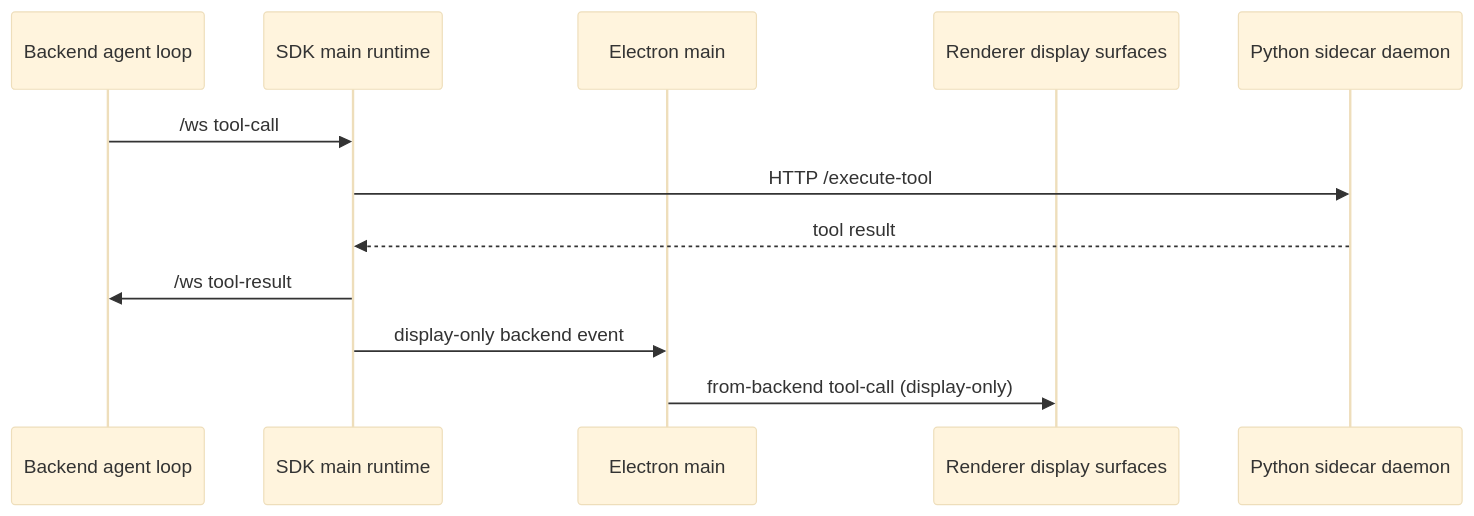
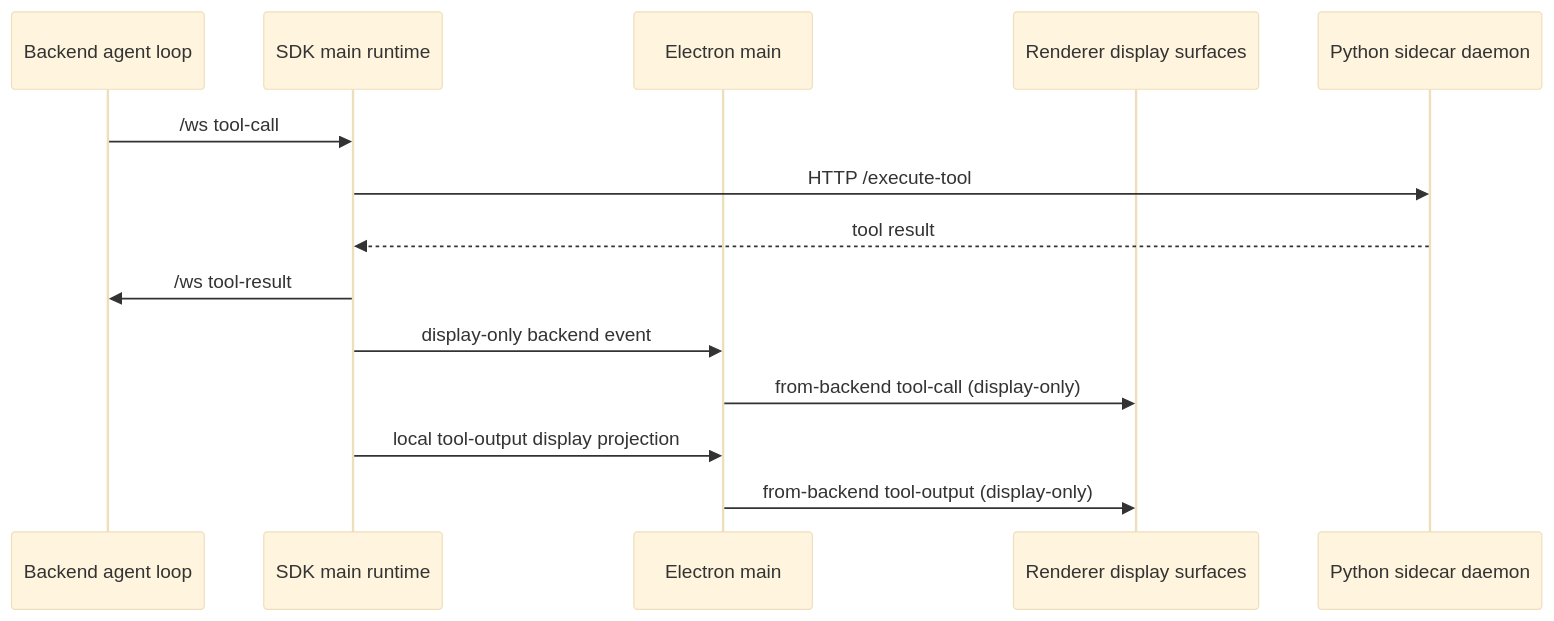
Before and after one commit to buiilding/My_Own_OpenClaw: the diagram in docs/channels/sidecar_and_tool_channels.md, drawn with Mermaid (base theme). The commit also changed other lines of this file and 5 other files, not shown here.

First line of the commit message:
fix(frontend-sdk): display local tool outputs

````diff
--- a/docs/channels/sidecar_and_tool_channels.md
+++ b/docs/channels/sidecar_and_tool_channels.md
@@ -15,15 +15,17 @@
 ```mermaid
 sequenceDiagram
     participant Backend as Backend agent loop
     participant SDK as SDK main runtime
     participant Main as Electron main
     participant Renderer as Renderer display surfaces
     participant Sidecar as Python sidecar daemon
 
     Backend->>SDK: /ws tool-call
     SDK->>Sidecar: HTTP /execute-tool
     Sidecar-->>SDK: tool result
     SDK->>Backend: /ws tool-result
     SDK->>Main: display-only backend event
     Main->>Renderer: from-backend tool-call (display-only)
+    SDK->>Main: local tool-output display projection
+    Main->>Renderer: from-backend tool-output (display-only)
 ```
````
